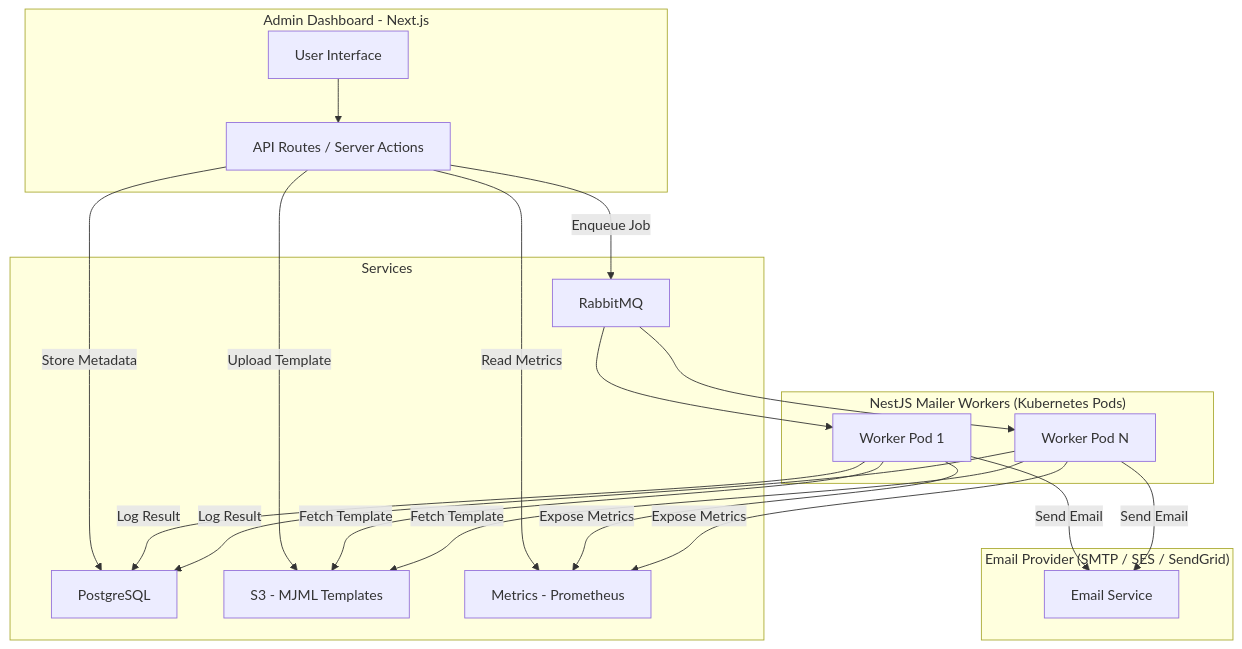
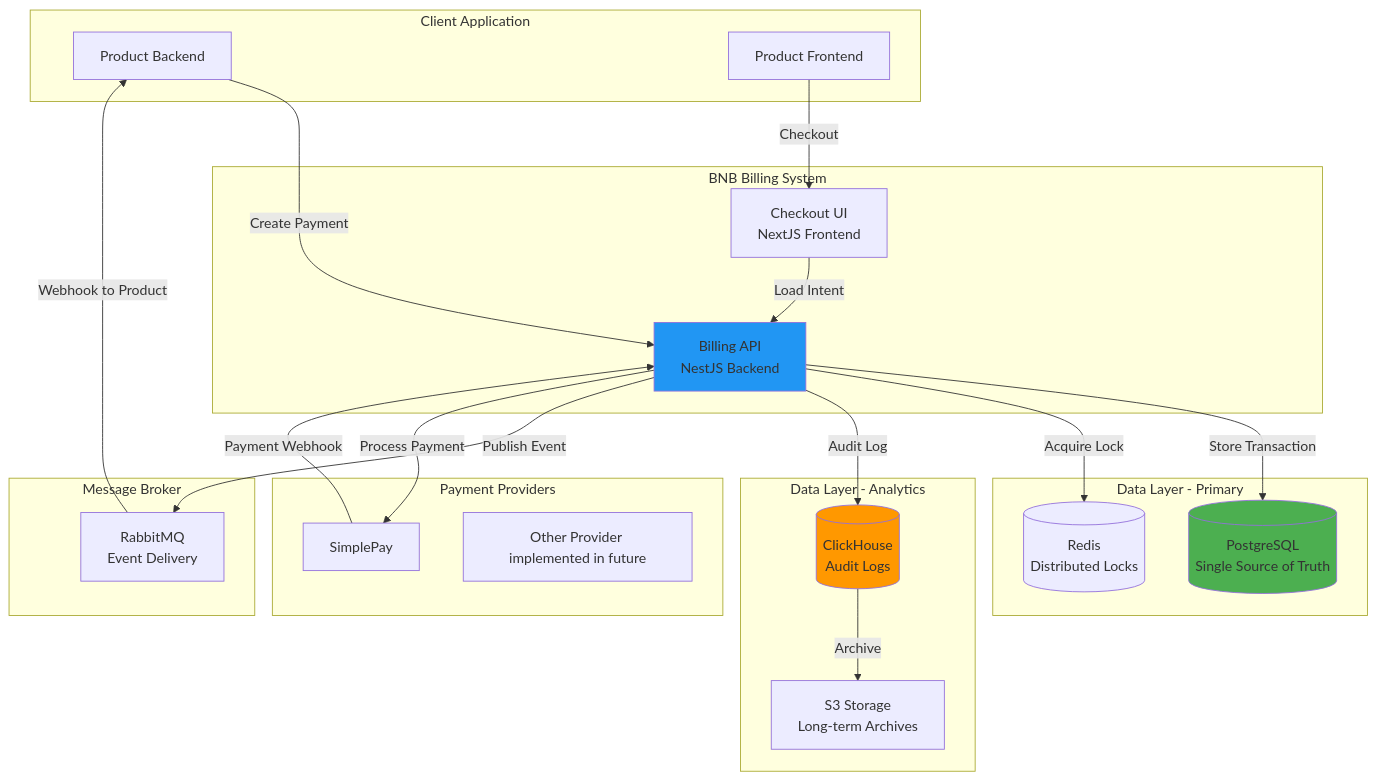
Before and after one commit to bnbdevelopment/documentation: the diagram in docs/docs/bnbbilling/components.md, drawn with Mermaid. The commit also changed other lines of this file and 15 other files, not shown here.

Commit message:
billing system documentation

````diff
--- a/docs/docs/bnbbilling/components.md
+++ b/docs/docs/bnbbilling/components.md
@@ -11,44 +12,51 @@
 ```mermaid
-graph TD
-  subgraph Frontend["Admin Dashboard - Next.js"]
-    A1["User Interface"]
-    A2["API Routes / Server Actions"]
-  end
+graph TB
+    subgraph "Client Application"
+        A1[Product Backend]
+        A2[Product Frontend]
+    end
 
-  subgraph Services
-    B1["PostgreSQL"]
-    B2["S3 - MJML Templates"]
-    B3["RabbitMQ"]
-    B4["Metrics - Prometheus"]
-  end
+    subgraph "BNB Billing System"
+        B1[Billing API<br/>NestJS Backend]
+        B2[Checkout UI<br/>NextJS Frontend]
+    end
 
-  subgraph Workers["NestJS Mailer Workers (Kubernetes Pods)"]
-    C1["Worker Pod 1"]
-    C2["Worker Pod N"]
-  end
+    subgraph "Data Layer - Primary"
+        C1[(PostgreSQL<br/>Single Source of Truth)]
+        C2[(Redis<br/>Distributed Locks)]
+    end
 
-  subgraph Cloud["Email Provider (SMTP / SES / SendGrid)"]
-    D1["Email Service"]
-  end
+    subgraph "Data Layer - Analytics"
+        D1[(ClickHouse<br/>Audit Logs)]
+        D2[S3 Storage<br/>Long-term Archives]
+    end
 
-  A1 --> A2
-  A2 -->|Enqueue Job| B3
-  A2 -->|Store Metadata| B1
-  A2 -->|Upload Template| B2
-  A2 -->|Read Metrics| B4
+    subgraph "Message Broker"
+        E1[RabbitMQ<br/>Event Delivery]
+    end
 
-  B3 --> C1
-  B3 --> C2
+    subgraph "Payment Providers"
+        F1[SimplePay]
+        F2[Other Provider implemented in future]
+    end
 
-  C1 -->|Fetch Template| B2
-  C2 -->|Fetch Template| B2
+    A1 -->|Create Payment| B1
+    A2 -->|Checkout| B2
+    B2 -->|Load Intent| B1
 
-  C1 -->|Send Email| D1
-  C2 -->|Send Email| D1
+    B1 -->|Store Transaction| C1
+    B1 -->|Acquire Lock| C2
+    B1 -->|Audit Log| D1
+    B1 -->|Publish Event| E1
+    B1 -->|Process Payment| F1
 
-  C1 -->|Log Result| B1
-  C2 -->|Log Result| B1
+    E1 -->|Webhook to Product| A1
 
-  C1 -->|Expose Metrics| B4
-  C2 -->|Expose Metrics| B4
+    F1 -->|Payment Webhook| B1
+
+    D1 -->|Archive| D2
+
+    style C1 fill:#4CAF50
+    style B1 fill:#2196F3
+    style D1 fill:#FF9800
 ```
````
